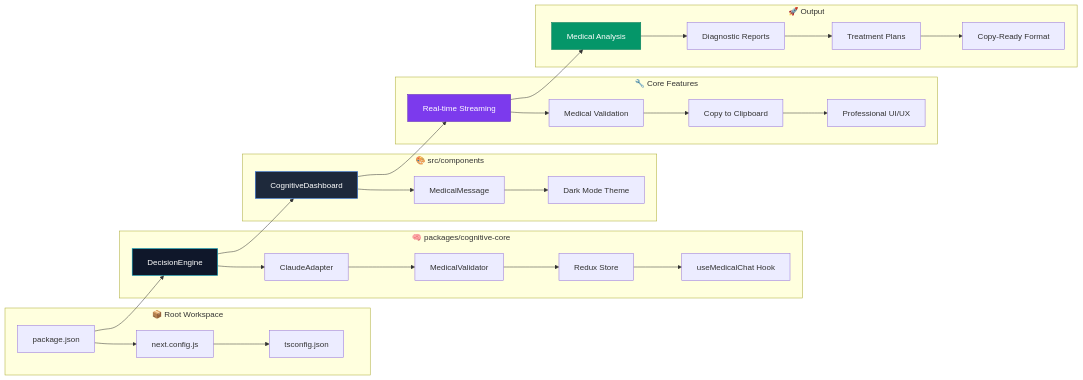
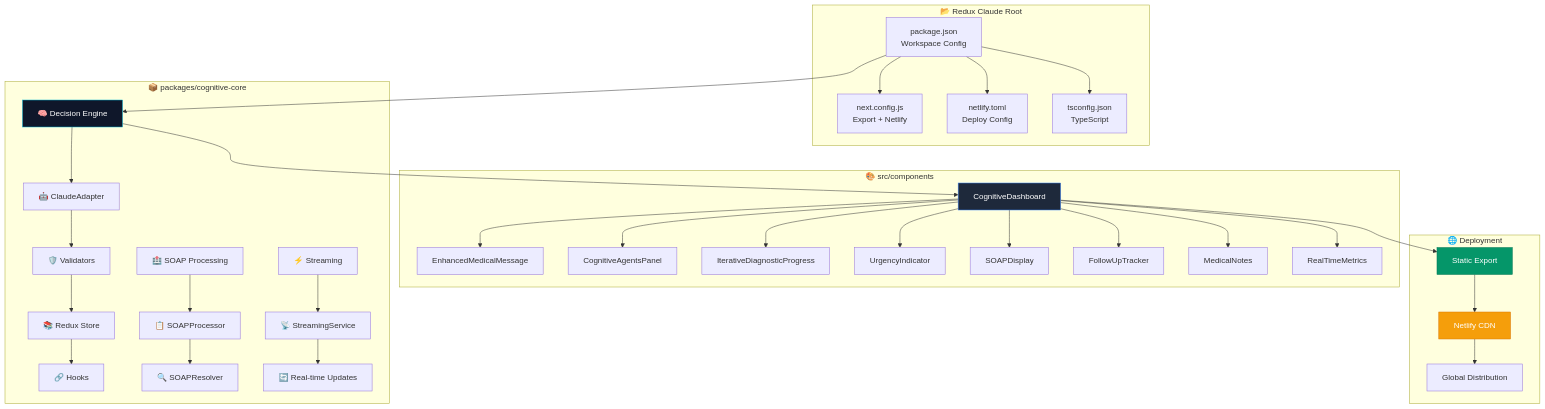
Before and after one commit to BernardUriza/redux-claude: the fourth of 4 diagrams in README.md, drawn with Mermaid. The commit also changed other lines of this file and 9 other files, not shown here.

````diff
--- a/README.md
+++ b/README.md
@@ -243,41 +264,46 @@
 ```mermaid
-graph LR
-    subgraph "📦 Root Workspace"
-        A[package.json] --> B[next.config.js]
-        B --> C[tsconfig.json]
+graph TB
+    subgraph "📂 Redux Claude Root"
+        A[package.json<br/>Workspace Config] --> B[next.config.js<br/>Export + Netlify]
+        A --> C[netlify.toml<br/>Deploy Config]
+        A --> D[tsconfig.json<br/>TypeScript]
     end
     
-    subgraph "🧠 packages/cognitive-core"
-        D[DecisionEngine] --> E[ClaudeAdapter]
-        E --> F[MedicalValidator]
-        F --> G[Redux Store]
-        G --> H[useMedicalChat Hook]
+    subgraph "📦 packages/cognitive-core"
+        E[🧠 Decision Engine] --> F[🤖 ClaudeAdapter]
+        F --> G[🛡️ Validators]
+        G --> H[📚 Redux Store]
+        H --> I[🔗 Hooks]
+        
+        J[🏥 SOAP Processing] --> K[📋 SOAPProcessor]
+        K --> L[🔍 SOAPResolver]
+        
+        M[⚡ Streaming] --> N[📡 StreamingService]
+        N --> O[🔄 Real-time Updates]
     end
     
     subgraph "🎨 src/components"
-        I[CognitiveDashboard] --> J[MedicalMessage]
-        J --> K[Dark Mode Theme]
+        P[CognitiveDashboard] --> Q[EnhancedMedicalMessage]
+        P --> R[CognitiveAgentsPanel]
+        P --> S[IterativeDiagnosticProgress]
+        P --> T[UrgencyIndicator]
+        P --> U[SOAPDisplay]
+        P --> V[FollowUpTracker]
+        P --> W[MedicalNotes]
+        P --> X[RealTimeMetrics]
     end
     
-    subgraph "🔧 Core Features"
-        L[Real-time Streaming] --> M[Medical Validation]
-        M --> N[Copy to Clipboard]
-        N --> O[Professional UI/UX]
+    subgraph "🌐 Deployment"
+        Y[Static Export] --> Z[Netlify CDN]
+        Z --> AA[Global Distribution]
     end
     
-    subgraph "🚀 Output"
-        P[Medical Analysis] --> Q[Diagnostic Reports]
-        Q --> R[Treatment Plans]
-        R --> S[Copy-Ready Format]
-    end
+    A --> E
+    E --> P
+    P --> Y
     
-    A --> D
-    D --> I
-    I --> L
-    L --> P
-    
-    style D fill:#0f172a,stroke:#06b6d4,color:#fff
-    style I fill:#1e293b,stroke:#3b82f6,color:#fff
-    style L fill:#7c3aed,stroke:#5b21b6,color:#fff
-    style P fill:#059669,stroke:#047857,color:#fff
+    style E fill:#0f172a,stroke:#06b6d4,color:#fff
+    style P fill:#1e293b,stroke:#3b82f6,color:#fff
+    style Y fill:#059669,stroke:#047857,color:#fff
+    style Z fill:#f59e0b,stroke:#d97706,color:#fff
 ```
````
